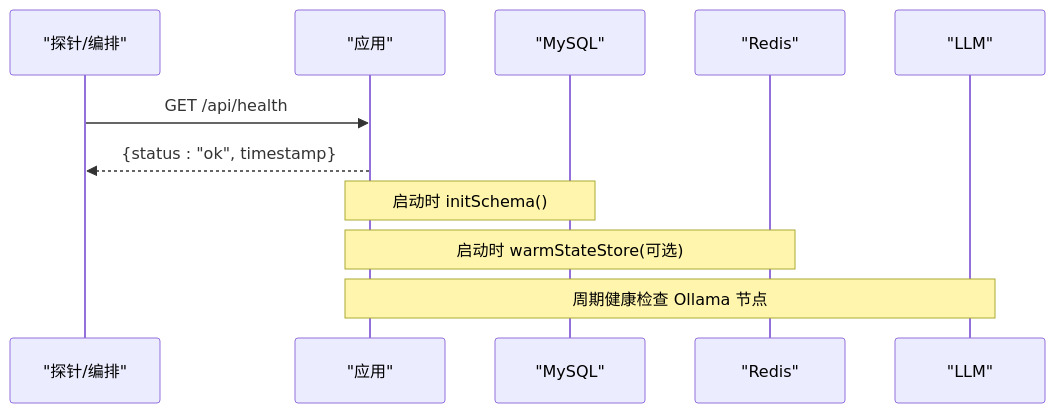
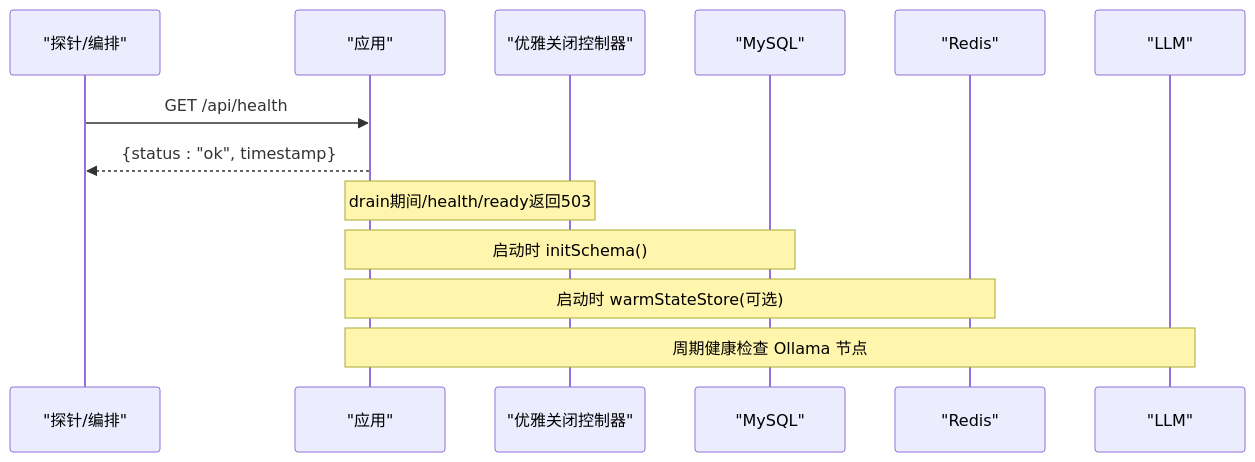
The fifth of 6 diagrams in .qoder/repowiki/zh/content/部署指南/生产环境配置/进程管理.md (dgjin/smart-data-analytics), drawn with Mermaid before and after one commit. The commit also changed other lines of this file and 100 other files, not shown here.

````diff
--- a/.qoder/repowiki/zh/content/部署指南/生产环境配置/进程管理.md
+++ b/.qoder/repowiki/zh/content/部署指南/生产环境配置/进程管理.md
@@ -178,13 +252,15 @@
 ```mermaid
 sequenceDiagram
 participant Probe as "探针/编排"
 participant App as "应用"
+participant Shutdown as "优雅关闭控制器"
 participant DB as "MySQL"
 participant Cache as "Redis"
 participant LLM as "LLM"
 Probe->>App : GET /api/health
 App-->>Probe : {status : "ok", timestamp}
+Note over Shutdown,App : drain期间/health/ready返回503
 Note over App,DB : 启动时 initSchema()
 Note over App,Cache : 启动时 warmStateStore(可选)
 Note over App,LLM : 周期健康检查 Ollama 节点
 ```
````
